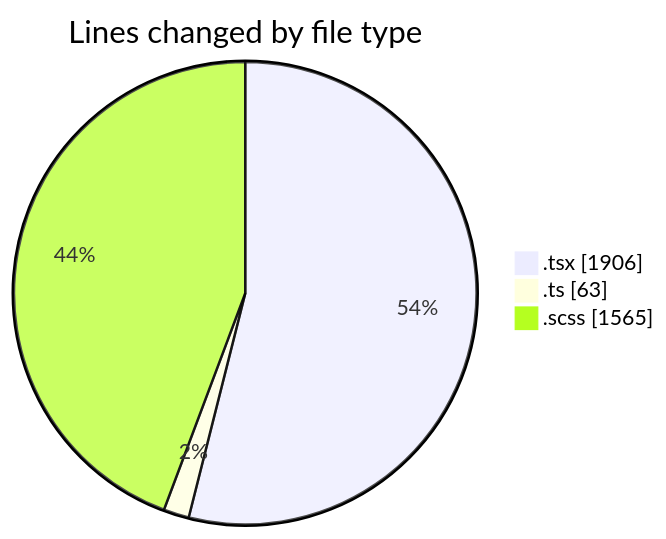
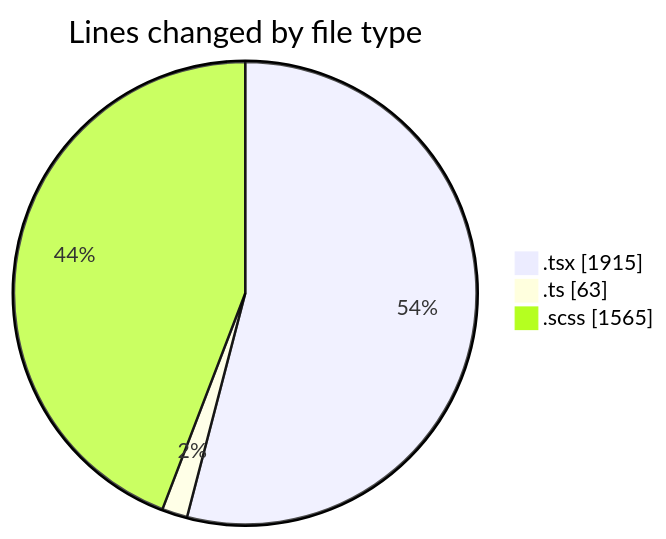
The first of 2 diagrams in 2025-04-02/cda/README.md (momahboobian/code-tracking), drawn with Mermaid before and after one commit. The commit also changed other lines of this file and 1 other file, not shown here.

````diff
--- a/2025-04-02/cda/README.md
+++ b/2025-04-02/cda/README.md
@@ -30,7 +30,7 @@
 ```mermaid
 pie showData
 title Lines changed by file type
-".tsx" : 1906
+".tsx" : 1915
 ".ts" : 63
 ".scss" : 1565
 ```
````
